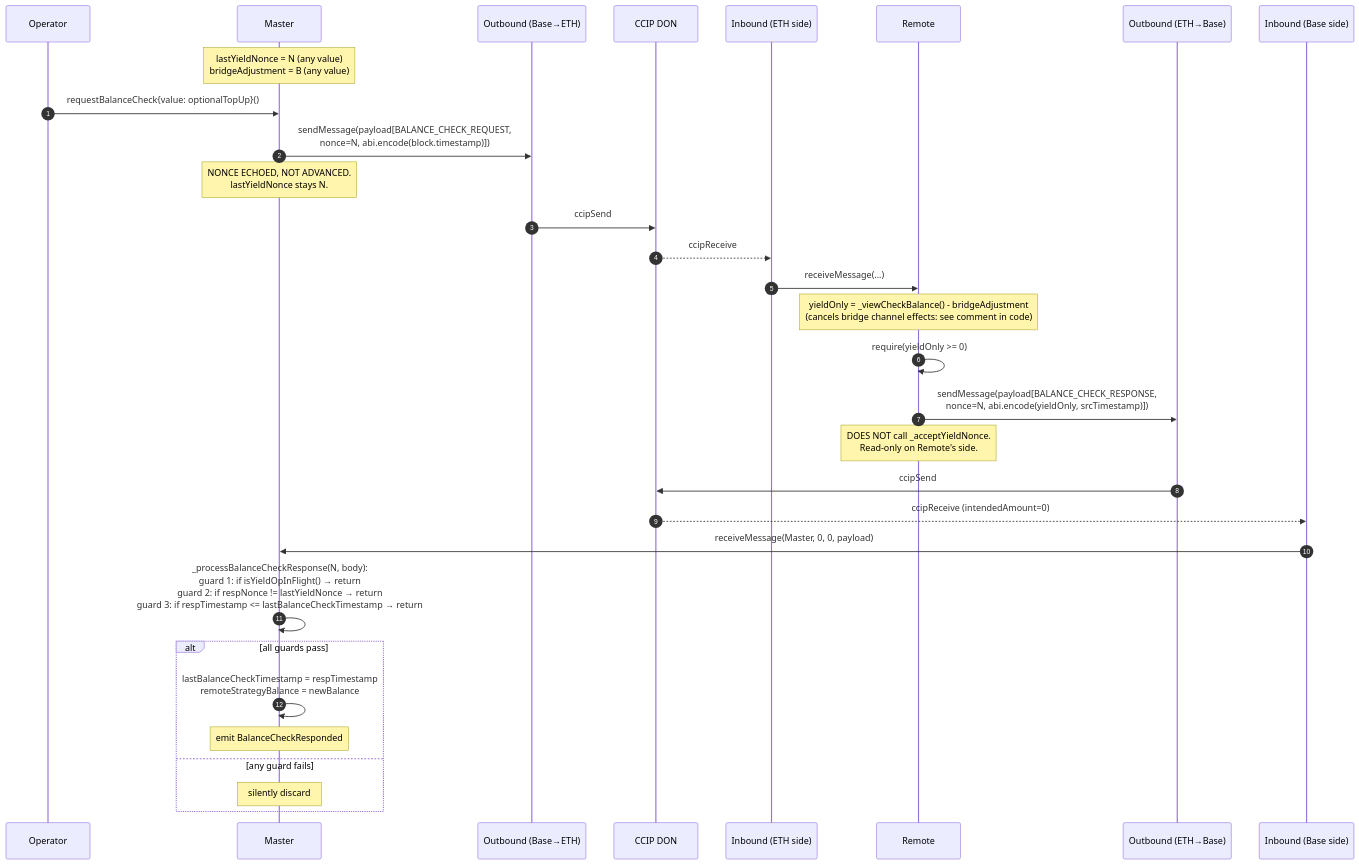
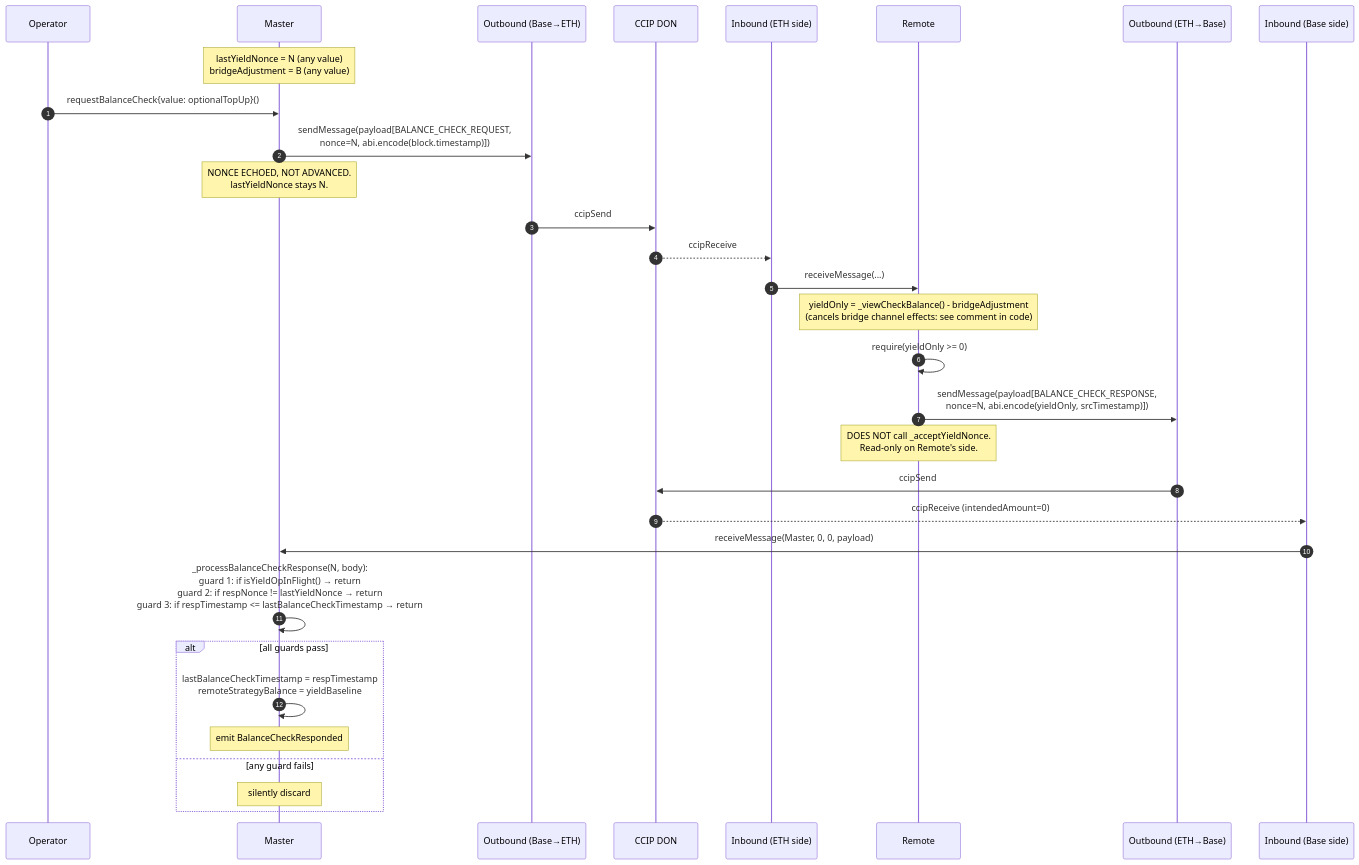
The third of 5 diagrams in contracts/contracts/strategies/crosschainV3/FLOWS.md (OriginProtocol/origin-dollar), drawn with Mermaid before and after one commit. The commit also changed other lines of this file and 18 other files, not shown here.

````diff
--- a/contracts/contracts/strategies/crosschainV3/FLOWS.md
+++ b/contracts/contracts/strategies/crosschainV3/FLOWS.md
@@ -437,34 +437,34 @@
 ```mermaid
 sequenceDiagram
     autonumber
     participant Op as Operator
     participant Master
     participant Adapter as Outbound (Base→ETH)
     participant Bridge as CCIP DON
     participant AdapterEth as Inbound (ETH side)
     participant Remote
     participant ReturnA as Outbound (ETH→Base)
     participant ReturnB as Inbound (Base side)
 
     Note over Master: lastYieldNonce = N (any value)<br/>bridgeAdjustment = B (any value)
     Op->>Master: requestBalanceCheck{value: optionalTopUp}()
     Master->>Adapter: sendMessage(payload[BALANCE_CHECK_REQUEST,<br/>nonce=N, abi.encode(block.timestamp)])
     Note over Master: NONCE ECHOED, NOT ADVANCED.<br/>lastYieldNonce stays N.
     Adapter->>Bridge: ccipSend
     Bridge-->>AdapterEth: ccipReceive
     AdapterEth->>Remote: receiveMessage(...)
     Note over Remote: yieldOnly = _viewCheckBalance() - bridgeAdjustment<br/>(cancels bridge channel effects: see comment in code)
     Remote->>Remote: require(yieldOnly >= 0)
     Remote->>ReturnA: sendMessage(payload[BALANCE_CHECK_RESPONSE,<br/>nonce=N, abi.encode(yieldOnly, srcTimestamp)])
     Note over Remote: DOES NOT call _acceptYieldNonce.<br/>Read-only on Remote's side.
     ReturnA->>Bridge: ccipSend
     Bridge-->>ReturnB: ccipReceive (intendedAmount=0)
     ReturnB->>Master: receiveMessage(Master, 0, 0, payload)
     Master->>Master: _processBalanceCheckResponse(N, body):<br/>guard 1: if isYieldOpInFlight() → return<br/>guard 2: if respNonce != lastYieldNonce → return<br/>guard 3: if respTimestamp <= lastBalanceCheckTimestamp → return
     alt all guards pass
-        Master->>Master: lastBalanceCheckTimestamp = respTimestamp<br/>remoteStrategyBalance = newBalance
+        Master->>Master: lastBalanceCheckTimestamp = respTimestamp<br/>remoteStrategyBalance = yieldBaseline
         Note over Master: emit BalanceCheckResponded
     else any guard fails
         Note over Master: silently discard
     end
 ```
````
